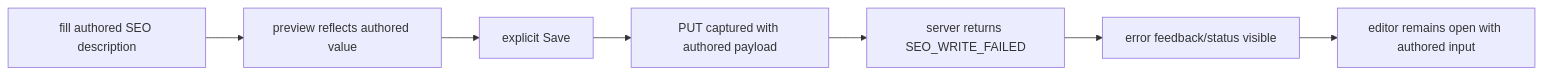
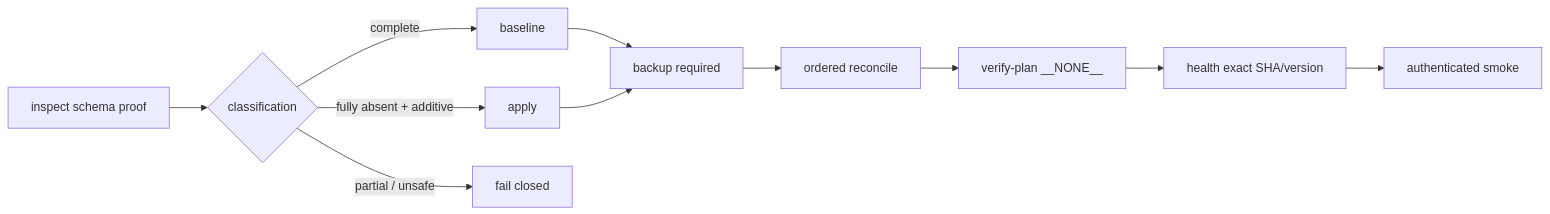
One commit to pl0n3r/brvtal changed the diagram in README.md. Above: the diagram before and after it, drawn with Mermaid. The commit also changed other lines of this file and 10 other files, not shown here.

````diff
--- a/README.md
+++ b/README.md
@@ -44,9 +44,13 @@
 ```mermaid
 flowchart LR
-  E["fill authored SEO description"] --> P["preview reflects authored value"]
-  P --> S["explicit Save"]
-  S --> W["PUT captured with authored payload"]
-  W --> F["server returns SEO_WRITE_FAILED"]
-  F --> U["error feedback/status visible"]
-  U --> R["editor remains open with authored input"]
+  I["inspect schema proof"] --> C{"classification"}
+  C -->|complete| B["baseline"]
+  C -->|fully absent + additive| A["apply"]
+  C -->|partial / unsafe| X["fail closed"]
+  B --> K["backup required"]
+  A --> K
+  K --> R["ordered reconcile"]
+  R --> V["verify-plan __NONE__"]
+  V --> H["health exact SHA/version"]
+  H --> S["authenticated smoke"]
 ```
````
